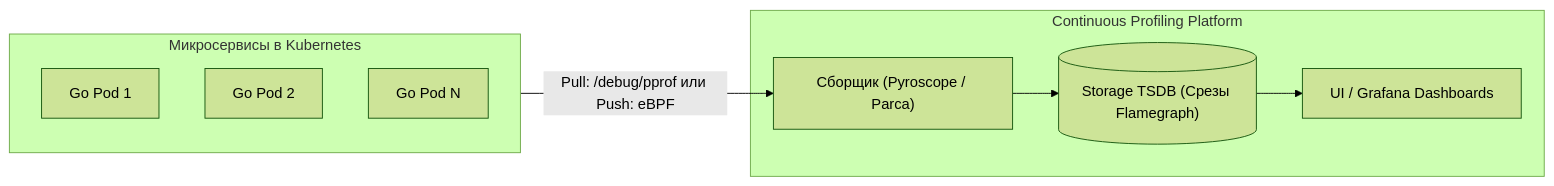
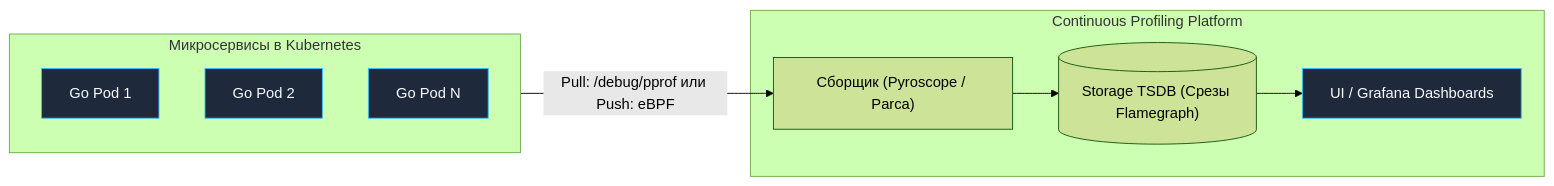
One commit to UnrealTemplier/go-textbook changed the second of 2 diagrams in sources/16. Профилирование, отладка и производительность/10. Highload/2. Profiling в production.md. Above: the diagram before and after it, drawn with Mermaid (forest theme). The commit also changed other lines of this file and 1666 other files, not shown here.

First line of the commit message:
feat(mermaid): add semantic color classDef to 1369 colorless flowchart/graph diagrams

````diff
--- a/sources/16. Профилирование, отладка и производительность/10. Highload/2. Profiling в production.md
+++ b/sources/16. Профилирование, отладка и производительность/10. Highload/2. Profiling в production.md
@@ -122,18 +132,28 @@
 ```mermaid
 flowchart LR
+    classDef process  fill:#1e293b,stroke:#38bdf8,stroke-width:1px,color:#f8fafc
+    classDef success  fill:#064e3b,stroke:#34d399,stroke-width:1px,color:#f8fafc
+    classDef error    fill:#7f1d1d,stroke:#f87171,stroke-width:1px,color:#f8fafc
+    classDef warning  fill:#78350f,stroke:#fbbf24,stroke-width:1px,color:#f8fafc
+    classDef entry    fill:#1e3a5f,stroke:#38bdf8,stroke-width:2px,color:#f8fafc
+    classDef aux      fill:#334155,stroke:#64748b,stroke-width:1px,color:#f8fafc
+    classDef system   fill:#312e81,stroke:#a78bfa,stroke-width:1px,color:#f8fafc
+    classDef data     fill:#132d29,stroke:#2dd4bf,stroke-width:1px,color:#f8fafc
+    classDef network  fill:#881337,stroke:#fb7185,stroke-width:1px,color:#f8fafc
+    classDef accent   fill:#1e1b4b,stroke:#818cf8,stroke-width:1px,color:#f8fafc
     subgraph Fleet ["Микросервисы в Kubernetes"]
-        App1["Go Pod 1"]
-        App2["Go Pod 2"]
-        App3["Go Pod N"]
+        App1["Go Pod 1"]:::process
+        App2["Go Pod 2"]:::process
+        App3["Go Pod N"]:::process
     end
     
     subgraph Collector ["Continuous Profiling Platform"]
         Agent["Сборщик (Pyroscope / Parca)"]
         TSDB[("Storage TSDB (Срезы Flamegraph)")]
-        UI["UI / Grafana Dashboards"]
+        UI["UI / Grafana Dashboards"]:::process
         
         Agent --> TSDB --> UI
     end
     
     Fleet -->|Pull: /debug/pprof или Push: eBPF| Agent
 ```
````
